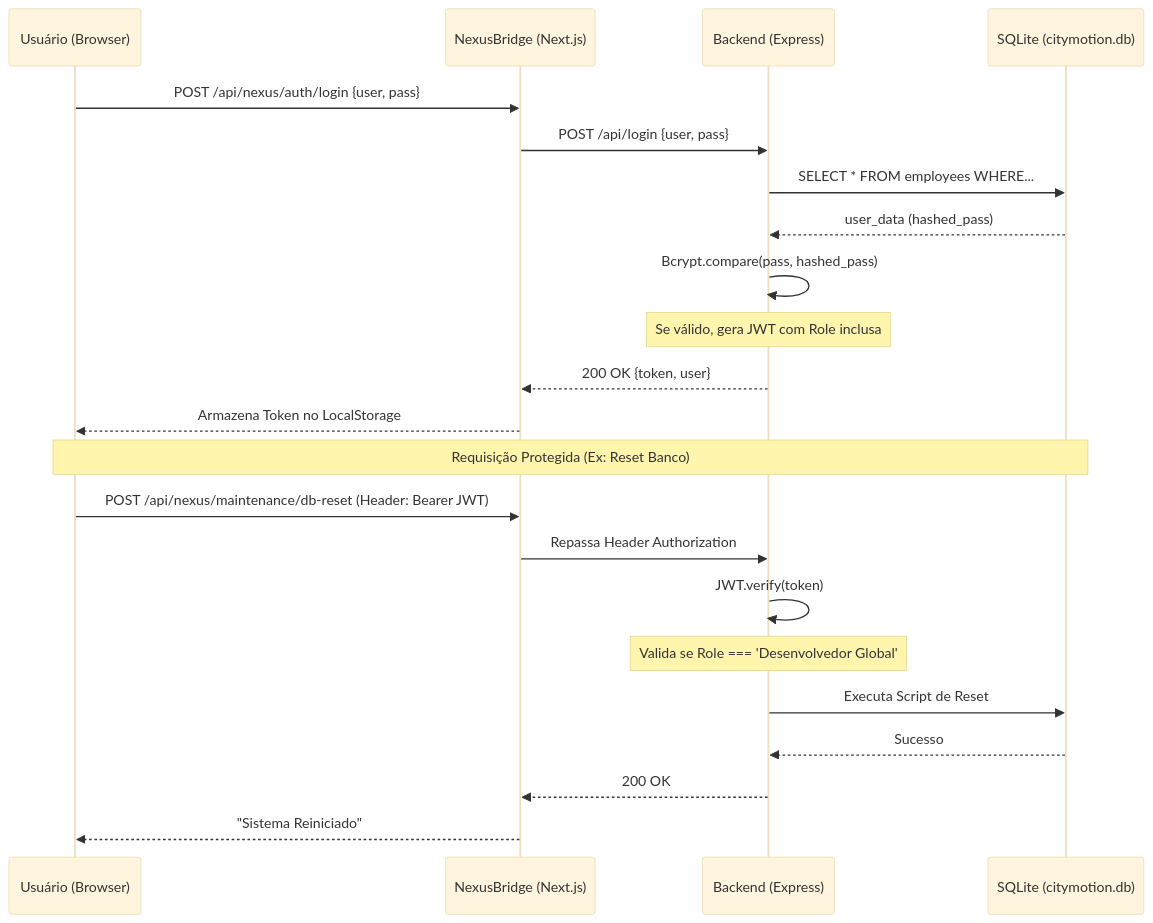
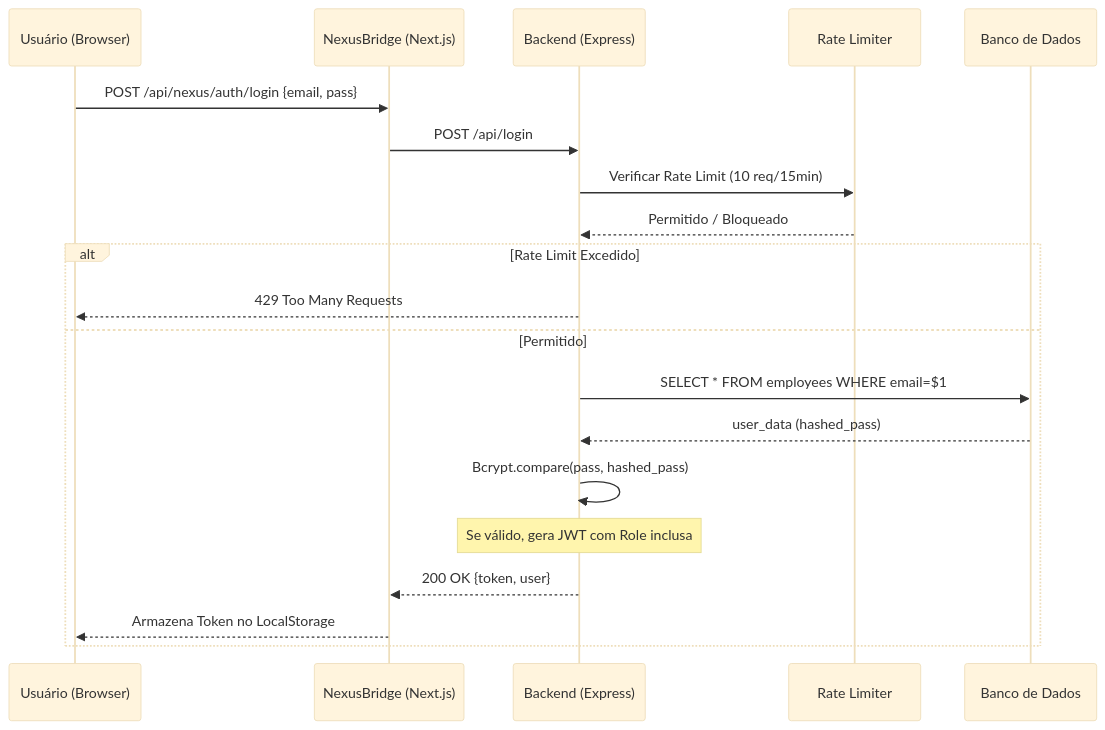
Before and after one commit to charaodaniel/CityMotion: the first of 7 diagrams in docs/DIAGRAMS.md, drawn with Mermaid (base theme). The commit also changed other lines of this file and 2072 other files, not shown here.

````diff
--- a/docs/DIAGRAMS.md
+++ b/docs/DIAGRAMS.md
@@ -11,26 +10,23 @@
 ```mermaid
 sequenceDiagram
     participant User as Usuário (Browser)
     participant Bridge as NexusBridge (Next.js)
     participant Node as Backend (Express)
-    participant DB as SQLite (citymotion.db)
+    participant RL as Rate Limiter
+    participant DB as Banco de Dados
 
-    User->>Bridge: POST /api/nexus/auth/login {user, pass}
-    Bridge->>Node: POST /api/login {user, pass}
-    Node->>DB: SELECT * FROM employees WHERE...
-    DB-->>Node: user_data (hashed_pass)
-    Node->>Node: Bcrypt.compare(pass, hashed_pass)
-    Note over Node: Se válido, gera JWT com Role inclusa
-    Node-->>Bridge: 200 OK {token, user}
-    Bridge-->>User: Armazena Token no LocalStorage
-    
-    Note over User,DB: Requisição Protegida (Ex: Reset Banco)
-    User->>Bridge: POST /api/nexus/maintenance/db-reset (Header: Bearer JWT)
-    Bridge->>Node: Repassa Header Authorization
-    Node->>Node: JWT.verify(token)
-    Note over Node: Valida se Role === 'Desenvolvedor Global'
-    Node->>DB: Executa Script de Reset
-    DB-->>Node: Sucesso
-    Node-->>Bridge: 200 OK
-    Bridge-->>User: "Sistema Reiniciado"
+    User->>Bridge: POST /api/nexus/auth/login {email, pass}
+    Bridge->>Node: POST /api/login
+    Node->>RL: Verificar Rate Limit (10 req/15min)
+    RL-->>Node: Permitido / Bloqueado
+    alt Rate Limit Excedido
+        Node-->>User: 429 Too Many Requests
+    else Permitido
+        Node->>DB: SELECT * FROM employees WHERE email=$1
+        DB-->>Node: user_data (hashed_pass)
+        Node->>Node: Bcrypt.compare(pass, hashed_pass)
+        Note over Node: Se válido, gera JWT com Role inclusa
+        Node-->>Bridge: 200 OK {token, user}
+        Bridge-->>User: Armazena Token no LocalStorage
+    end
 ```
````
